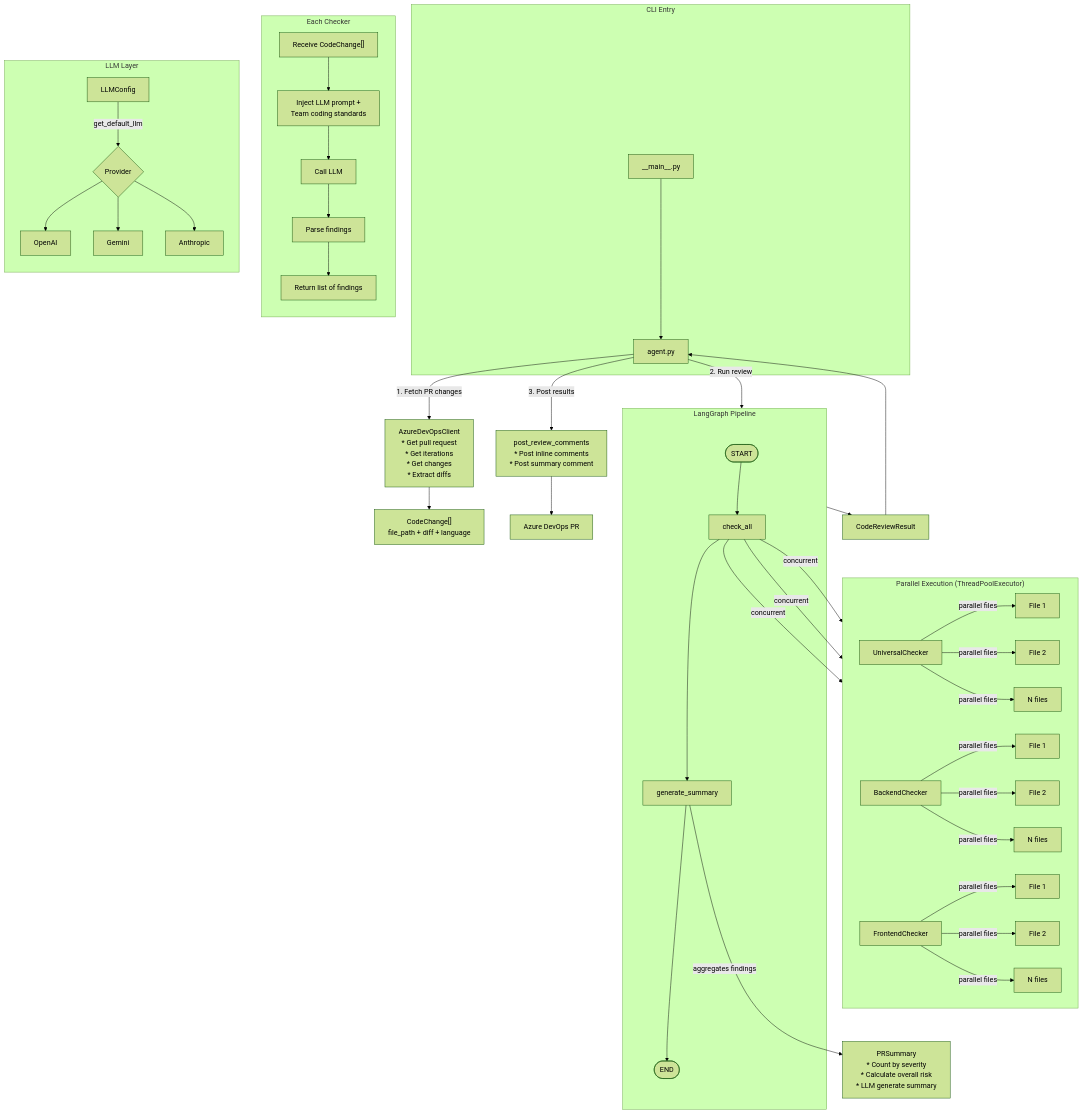
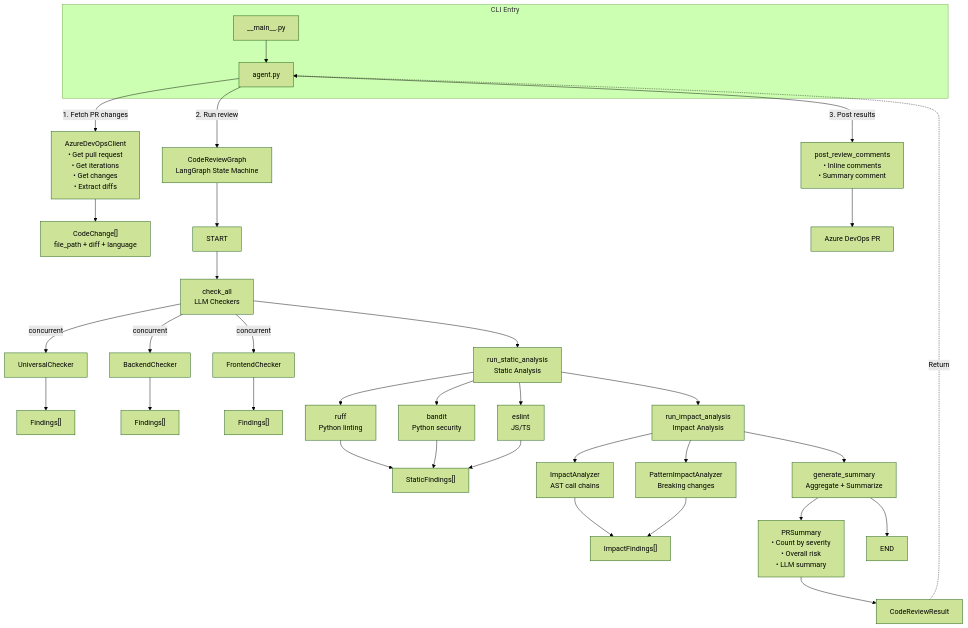
Before and after one commit to gaozhidf/code-review-agent: the first of 3 diagrams in docs/architecture.md, drawn with Mermaid (forest theme). The commit also changed other lines of this file and 13 other files, not shown here.

Commit message:
[add]add the static analysis and the impact analysis

````diff
--- a/docs/architecture.md
+++ b/docs/architecture.md
@@ -11,70 +11,56 @@
 ```mermaid
 flowchart TD
     subgraph Entry["CLI Entry"]
-        __main__.py --> agent.py
+        A0[__main__.py] --> A1[agent.py]
     end
-    
-    agent.py -->|1. Fetch PR changes| Azure[AzureDevOpsClient
-* Get pull request
-* Get iterations
-* Get changes
-* Extract diffs]
-    
-    Azure --> Changes["CodeChange[]<br/>file_path + diff + language"]
-    
-    agent.py -->|2. Run review| LangGraph[CodeReviewGraph
-LangGraph State Machine]
-    
-    subgraph LangGraph["LangGraph Pipeline"]
-        START([START]) --> check_all
-        check_all --> generate_summary
-        generate_summary --> END([END])
-    end
-    
-    subgraph ParallelCheck["Parallel Execution (ThreadPoolExecutor)"]
-        direction LR
-        check_all -->|concurrent| Universal[UniversalChecker]
-        check_all -->|concurrent| Backend[BackendChecker]
-        check_all -->|concurrent| Frontend[FrontendChecker]
-        
-        Universal -->|parallel files| U1[File 1]
-        Universal -->|parallel files| U2[File 2]
-        Universal -->|parallel files| UN[N files]
-        
-        Backend -->|parallel files| B1[File 1]
-        Backend -->|parallel files| B2[File 2]
-        Backend -->|parallel files| BN[N files]
-        
-        Frontend -->|parallel files| F1[File 1]
-        Frontend -->|parallel files| F2[File 2]
-        Frontend -->|parallel files| FN[N files]
-    end
-    
-    subgraph CheckerLogic["Each Checker"]
-        direction TB
-        L["Receive CodeChange[]"] --> M["Inject LLM prompt +<br/>Team coding standards"] --> N[Call LLM] --> O["Parse findings"] --> P["Return list of findings"]
-    end
-    
-    subgraph LLM["LLM Layer"]
-        direction TB
-        LLMConfig -->|get_default_llm| Provider{Provider}
-        Provider --> OpenAI
-        Provider --> Gemini
-        Provider --> Anthropic
-    end
-    
-    generate_summary -->|aggregates findings| Summary[PRSummary
-* Count by severity
-* Calculate overall risk
-* LLM generate summary]
-    
-    LangGraph --> CodeReviewResult
-    
-    agent.py -->|3. Post results| Post[post_review_comments
-* Post inline comments
-* Post summary comment]
-    
-    Post --> AzureDevOps[Azure DevOps PR]
-    
-    CodeReviewResult --> agent.py
+
+    A1 -->|1. Fetch PR changes| B1[AzureDevOpsClient<br/>• Get pull request<br/>• Get iterations<br/>• Get changes<br/>• Extract diffs]
+
+    B1 --> B2["CodeChange[]<br/>file_path + diff + language"]
+
+    A1 -->|2. Run review| B3[CodeReviewGraph<br/>LangGraph State Machine]
+
+    B3 --> C1[START]
+
+    C1 --> C2[check_all<br/>LLM Checkers]
+
+    C2 -->|concurrent| D1[UniversalChecker]
+    C2 -->|concurrent| D2[BackendChecker]
+    C2 -->|concurrent| D3[FrontendChecker]
+
+    D1 --> D4["Findings[]"]
+    D2 --> D5["Findings[]"]
+    D3 --> D6["Findings[]"]
+
+    C2 --> C3[run_static_analysis<br/>Static Analysis]
+
+    C3 --> E1[ruff<br/>Python linting]
+    C3 --> E2[bandit<br/>Python security]
+    C3 --> E3[eslint<br/>JS/TS]
+
+    E1 --> E4["StaticFindings[]"]
+    E2 --> E4
+    E3 --> E4
+
+    C3 --> C4[run_impact_analysis<br/>Impact Analysis]
+
+    C4 --> F1[ImpactAnalyzer<br/>AST call chains]
+    C4 --> F2[PatternImpactAnalyzer<br/>Breaking changes]
+
+    F1 --> F3["ImpactFindings[]"]
+    F2 --> F3
+
+    C4 --> C5[generate_summary<br/>Aggregate + Summarize]
+
+    C5 --> G1["PRSummary<br/>• Count by severity<br/>• Overall risk<br/>• LLM summary"]
+
+    C5 --> C6[END]
+
+    G1 --> H1[CodeReviewResult]
+
+    A1 -->|3. Post results| I1[post_review_comments<br/>• Inline comments<br/>• Summary comment]
+
+    I1 --> I2[Azure DevOps PR]
+
+    H1 -.->|Return| A1
 ```
````
